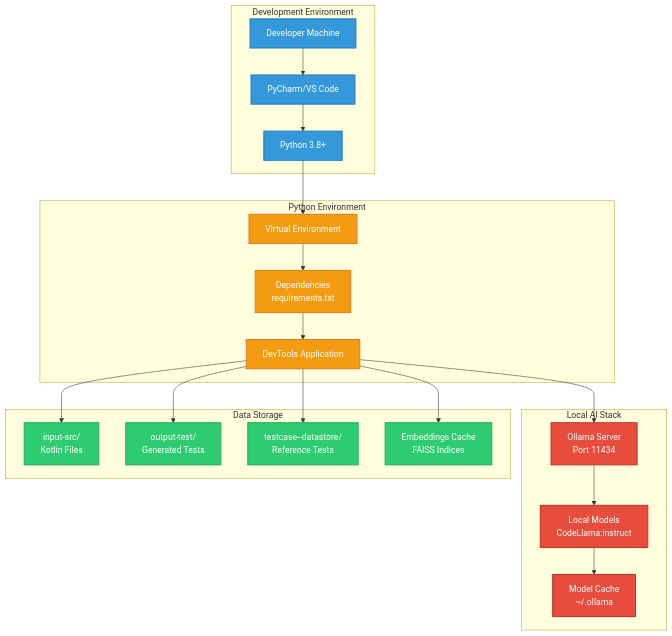
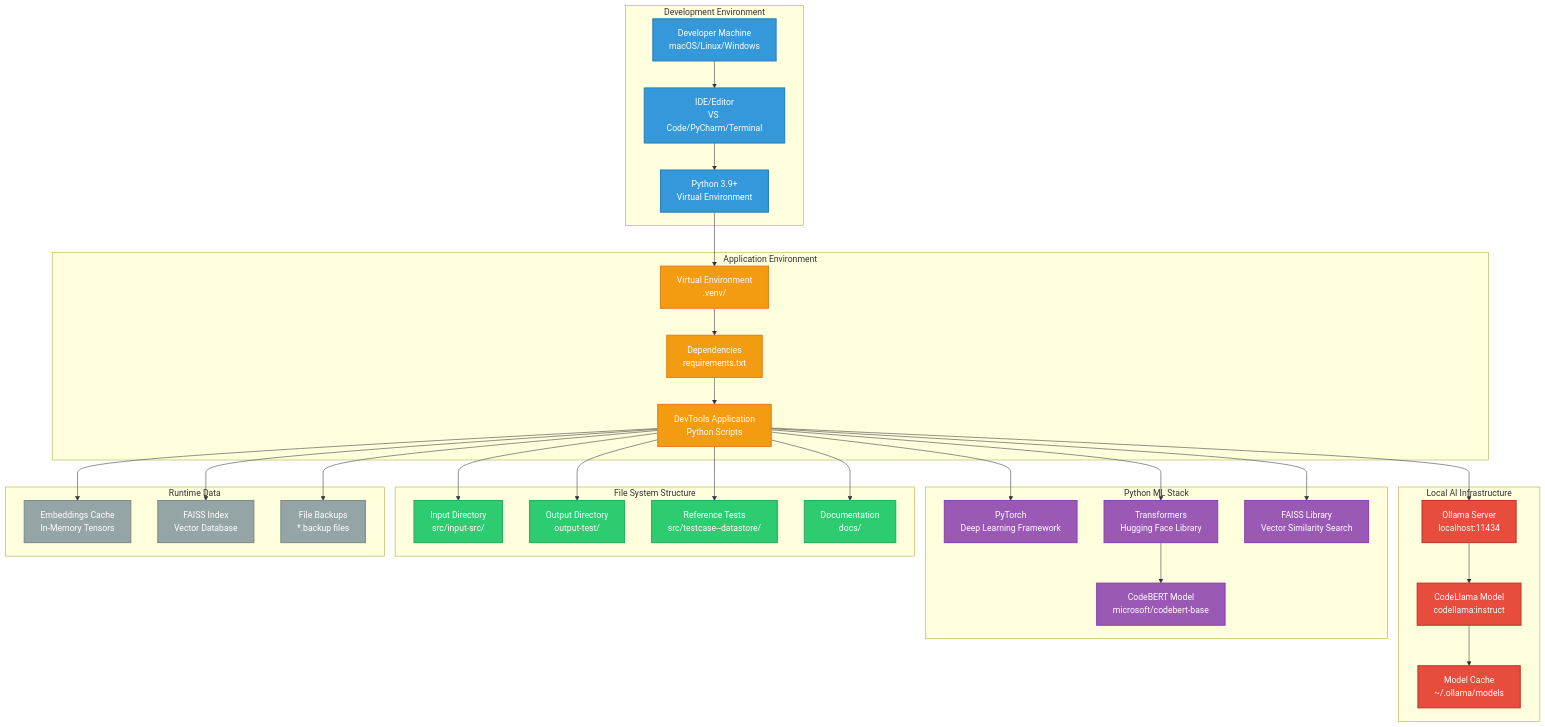
The fourth of 5 diagrams in docs/DIAGRAMS.md (adityakamath-90/DevTools), drawn with Mermaid before and after one commit. The commit also changed other lines of this file and 3 other files, not shown here.

````diff
--- a/docs/DIAGRAMS.md
+++ b/docs/DIAGRAMS.md
@@ -189,54 +231,84 @@
 ```mermaid
 graph TB
     subgraph "Development Environment"
-        DEV[Developer Machine]
-        IDE[PyCharm/VS Code]
-        PYTHON[Python 3.8+]
+        DEV[Developer Machine<br/>macOS/Linux/Windows]
+        IDE[IDE/Editor<br/>VS Code/PyCharm/Terminal]
+        PYTHON[Python 3.9+<br/>Virtual Environment]
     end
 
-    subgraph "Local AI Stack"
-        OLLAMA_LOCAL[Ollama Server<br/>Port 11434]
-        MODELS[Local Models<br/>CodeLlama:instruct]
-        CACHE[Model Cache<br/>~/.ollama]
+    subgraph "Local AI Infrastructure"
+        OLLAMA_SERVER[Ollama Server<br/>localhost:11434]
+        CODELLAMA[CodeLlama Model<br/>codellama:instruct]
+        MODEL_CACHE[Model Cache<br/>~/.ollama/models]
     end
 
-    subgraph "Python Environment"
-        VENV[Virtual Environment]
-        DEPS[Dependencies<br/>requirements.txt]
-        APP[DevTools Application]
+    subgraph "Python ML Stack"
+        TORCH[PyTorch<br/>Deep Learning Framework]
+        TRANSFORMERS[Transformers<br/>Hugging Face Library]
+        CODEBERT_LOCAL[CodeBERT Model<br/>microsoft/codebert-base]
+        FAISS_LIB[FAISS Library<br/>Vector Similarity Search]
     end
 
-    subgraph "Data Storage"
-        INPUT[input-src/<br/>Kotlin Files]
-        OUTPUT[output-test/<br/>Generated Tests]
-        TESTSTORE[testcase--datastore/<br/>Reference Tests]
-        EMBEDDINGS[Embeddings Cache<br/>FAISS Indices]
+    subgraph "Application Environment"
+        VENV[Virtual Environment<br/>.venv/]
+        REQUIREMENTS[Dependencies<br/>requirements.txt]
+        DEVTOOLS[DevTools Application<br/>Python Scripts]
     end
 
-    %% Connections
+    subgraph "File System Structure"
+        INPUT_DIR[Input Directory<br/>src/input-src/]
+        OUTPUT_DIR[Output Directory<br/>output-test/]
+        REFERENCE_DIR[Reference Tests<br/>src/testcase--datastore/]
+        DOCS_DIR[Documentation<br/>docs/]
+    end
+
+    subgraph "Runtime Data"
+        EMBEDDINGS_CACHE[Embeddings Cache<br/>In-Memory Tensors]
+        FAISS_INDEX[FAISS Index<br/>Vector Database]
+        BACKUPS[File Backups<br/>*.backup files]
+    end
+
+    %% Development Flow
     DEV --> IDE
     IDE --> PYTHON
     PYTHON --> VENV
-    VENV --> DEPS
-    DEPS --> APP
-    
-    APP --> OLLAMA_LOCAL
-    OLLAMA_LOCAL --> MODELS
-    MODELS --> CACHE
-    
-    APP --> INPUT
-    APP --> OUTPUT
-    APP --> TESTSTORE
-    APP --> EMBEDDINGS
-    
+    VENV --> REQUIREMENTS
+    REQUIREMENTS --> DEVTOOLS
+
+    %% AI Infrastructure
+    DEVTOOLS --> OLLAMA_SERVER
+    OLLAMA_SERVER --> CODELLAMA
+    CODELLAMA --> MODEL_CACHE
+
+    %% ML Stack Integration
+    DEVTOOLS --> TORCH
+    DEVTOOLS --> TRANSFORMERS
+    TRANSFORMERS --> CODEBERT_LOCAL
+    DEVTOOLS --> FAISS_LIB
+
+    %% File System Access
+    DEVTOOLS --> INPUT_DIR
+    DEVTOOLS --> OUTPUT_DIR
+    DEVTOOLS --> REFERENCE_DIR
+    DEVTOOLS --> DOCS_DIR
+
+    %% Runtime Data Management
+    DEVTOOLS --> EMBEDDINGS_CACHE
+    DEVTOOLS --> FAISS_INDEX
+    DEVTOOLS --> BACKUPS
+
     %% Styling
     classDef devStyle fill:#3498db,stroke:#2980b9,stroke-width:2px,color:#fff
     classDef aiStyle fill:#e74c3c,stroke:#c0392b,stroke-width:2px,color:#fff
-    classDef pyStyle fill:#f39c12,stroke:#e67e22,stroke-width:2px,color:#fff
+    classDef mlStyle fill:#9b59b6,stroke:#8e44ad,stroke-width:2px,color:#fff
+    classDef appStyle fill:#f39c12,stroke:#e67e22,stroke-width:2px,color:#fff
     classDef dataStyle fill:#2ecc71,stroke:#27ae60,stroke-width:2px,color:#fff
+    classDef runtimeStyle fill:#95a5a6,stroke:#7f8c8d,stroke-width:2px,color:#fff
 
     class DEV,IDE,PYTHON devStyle
-    class OLLAMA_LOCAL,MODELS,CACHE aiStyle
-    class VENV,DEPS,APP pyStyle
-    class INPUT,OUTPUT,TESTSTORE,EMBEDDINGS dataStyle
+    class OLLAMA_SERVER,CODELLAMA,MODEL_CACHE aiStyle
+    class TORCH,TRANSFORMERS,CODEBERT_LOCAL,FAISS_LIB mlStyle
+    class VENV,REQUIREMENTS,DEVTOOLS appStyle
+    class INPUT_DIR,OUTPUT_DIR,REFERENCE_DIR,DOCS_DIR dataStyle
+    class EMBEDDINGS_CACHE,FAISS_INDEX,BACKUPS runtimeStyle
 ```
````
